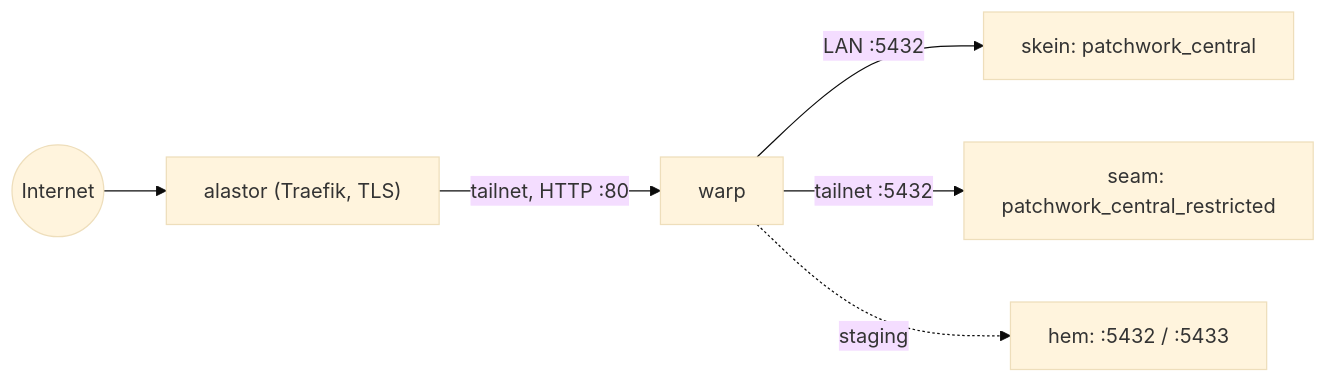
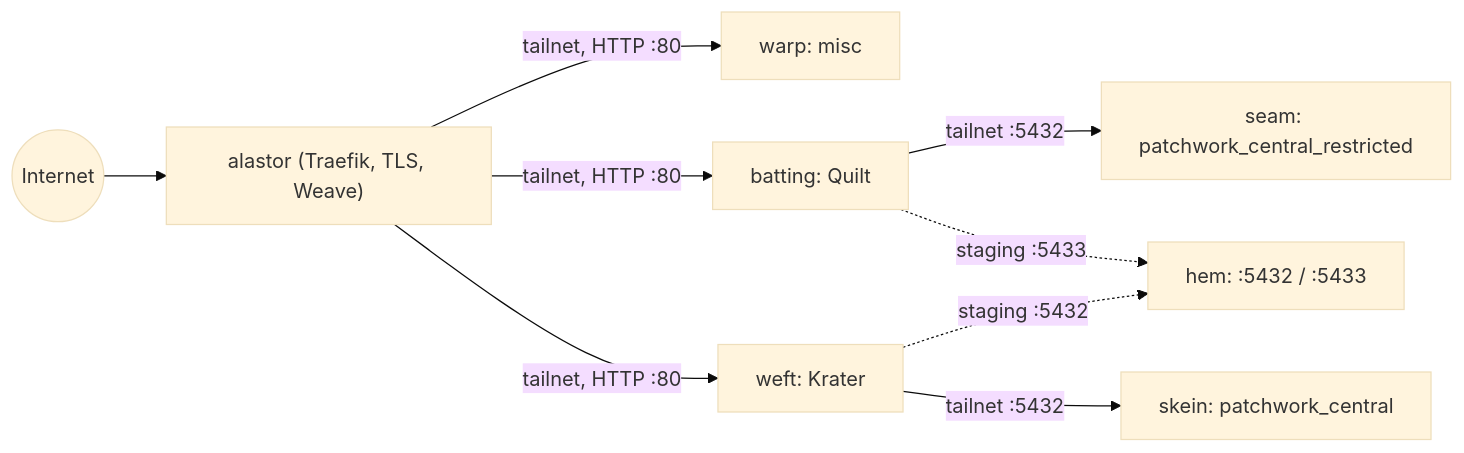
One commit to patchworklabsorg/infra changed the first of 4 diagrams in README.md. Above: the diagram before and after it, drawn with Mermaid (base theme). The commit also changed other lines of this file and 14 other files, not shown here.

Commit message:
refactor: one vm per app, weave stays on alastor (#48)

````diff
--- a/README.md
+++ b/README.md
@@ -55,8 +57,11 @@
 ```mermaid
 flowchart LR
-  internet((Internet)) --> alastor["alastor (Traefik, TLS)"]
-  alastor -- "tailnet, HTTP :80" --> warp
-  warp -- "LAN :5432" --> skein["skein: patchwork_central"]
-  warp -- "tailnet :5432" --> seam["seam: patchwork_central_restricted"]
-  warp -. staging .-> hem["hem: :5432 / :5433"]
+  internet((Internet)) --> alastor["alastor (Traefik, TLS, Weave)"]
+  alastor -- "tailnet, HTTP :80" --> warp["warp: misc"]
+  alastor -- "tailnet, HTTP :80" --> batting["batting: Quilt"]
+  alastor -- "tailnet, HTTP :80" --> weft["weft: Krater"]
+  weft -- "tailnet :5432" --> skein["skein: patchwork_central"]
+  batting -- "tailnet :5432" --> seam["seam: patchwork_central_restricted"]
+  batting -. "staging :5433" .-> hem["hem: :5432 / :5433"]
+  weft -. "staging :5432" .-> hem
 ```
````
